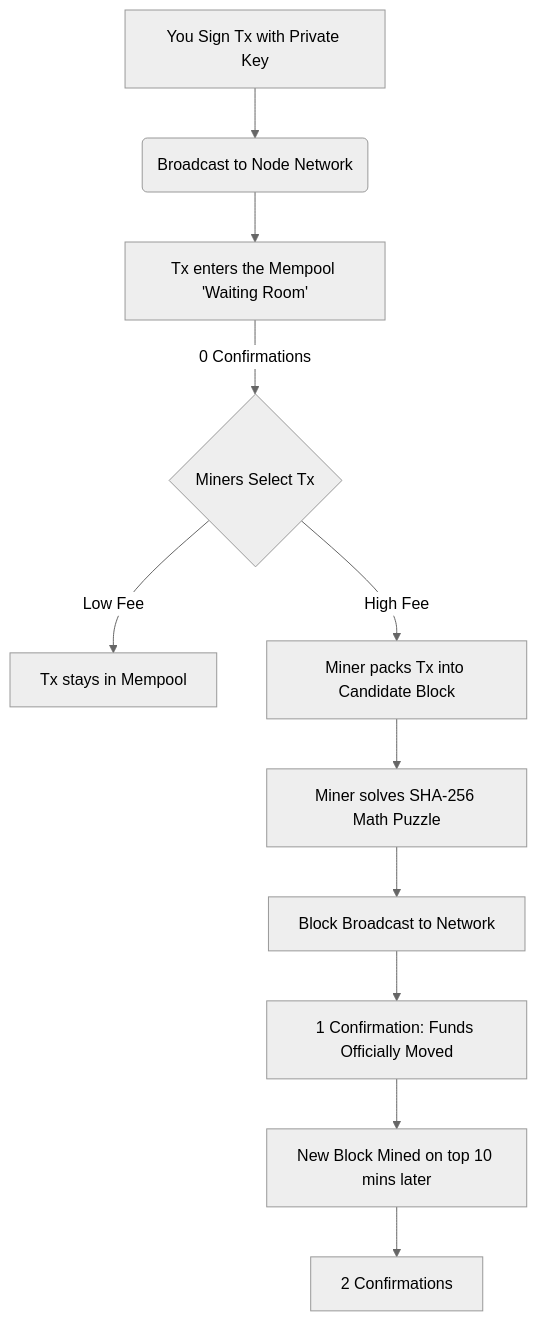
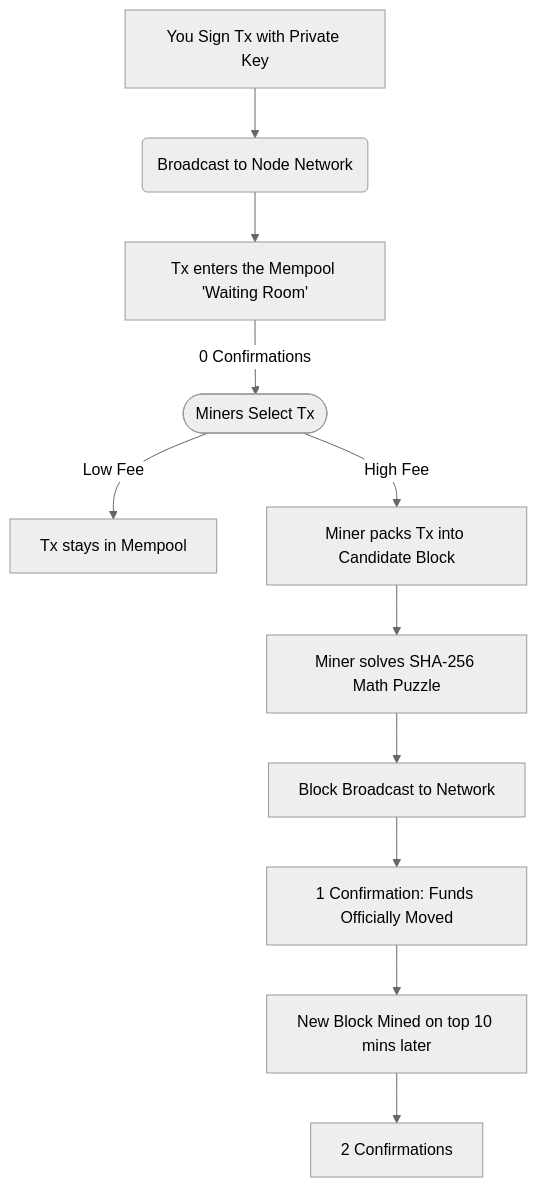
One commit to annabraun015-stack/krypto-watch changed the diagram in src/content/blog/en/what-are-bitcoin-confirmations.mdx. Above: the diagram before and after it, drawn with Mermaid (neutral theme). The commit also changed other lines of this file and 53 other files, not shown here.

```diff
--- a/src/content/blog/en/what-are-bitcoin-confirmations.mdx
+++ b/src/content/blog/en/what-are-bitcoin-confirmations.mdx
@@ -67,13 +67,13 @@
 <div class="mermaid">
 graph TD
     A[You Sign Tx with Private Key] --> B(Broadcast to Node Network)
     B --> C[Tx enters the Mempool 'Waiting Room']
-    C --> |0 Confirmations| D{Miners Select Tx}
+    C --> |0 Confirmations| D([Miners Select Tx])
     D --> |Low Fee| E[Tx stays in Mempool]
     D --> |High Fee| F[Miner packs Tx into Candidate Block]
     F --> G[Miner solves SHA-256 Math Puzzle]
     G --> H[Block Broadcast to Network]
     H --> I[1 Confirmation: Funds Officially Moved]
     I --> J[New Block Mined on top 10 mins later]
     J --> K[2 Confirmations]
 </div>
```
